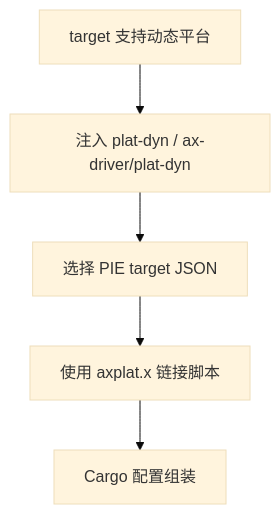
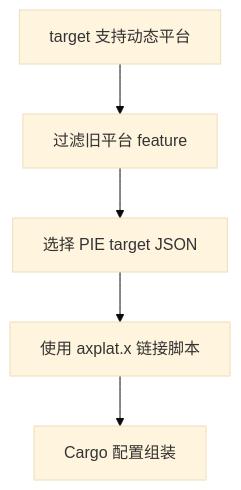
Before and after one commit to rcore-os/tgoskits: the fifth of 6 diagrams in docs/docs/build/build.md, drawn with Mermaid (base theme). The commit also changed other lines of this file and 131 other files, not shown here.

Commit message:
refactor: remove plat-dyn feature, make dynamic platform the only path

````diff
--- a/docs/docs/build/build.md
+++ b/docs/docs/build/build.md
@@ -168,7 +167,7 @@
 ```mermaid
 flowchart TD
-    A["target 支持动态平台"] --> B["注入 plat-dyn / ax-driver/plat-dyn"]
+    A["target 支持动态平台"] --> B["过滤旧平台 feature"]
     B --> C["选择 PIE target JSON"]
     C --> D["使用 axplat.x 链接脚本"]
     D --> E["Cargo 配置组装"]
 ```
````
